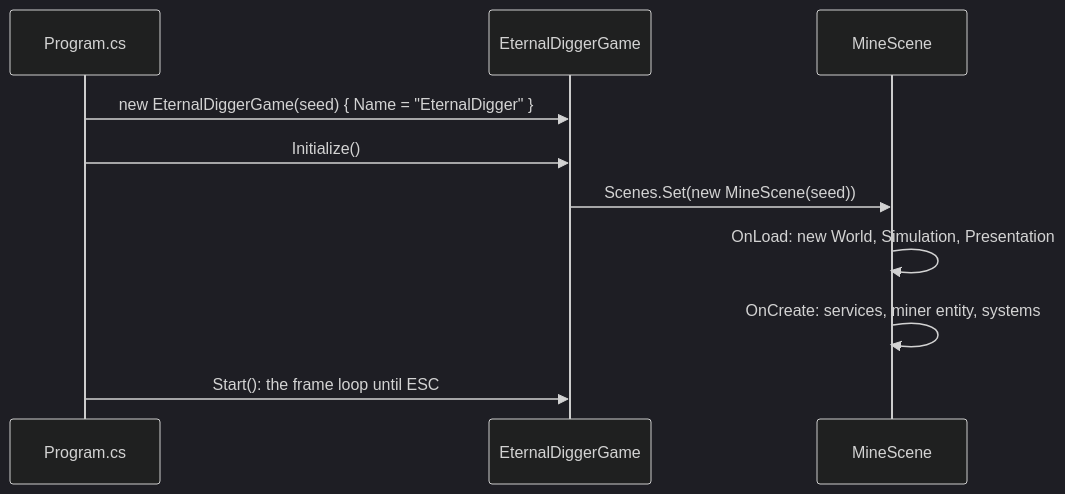
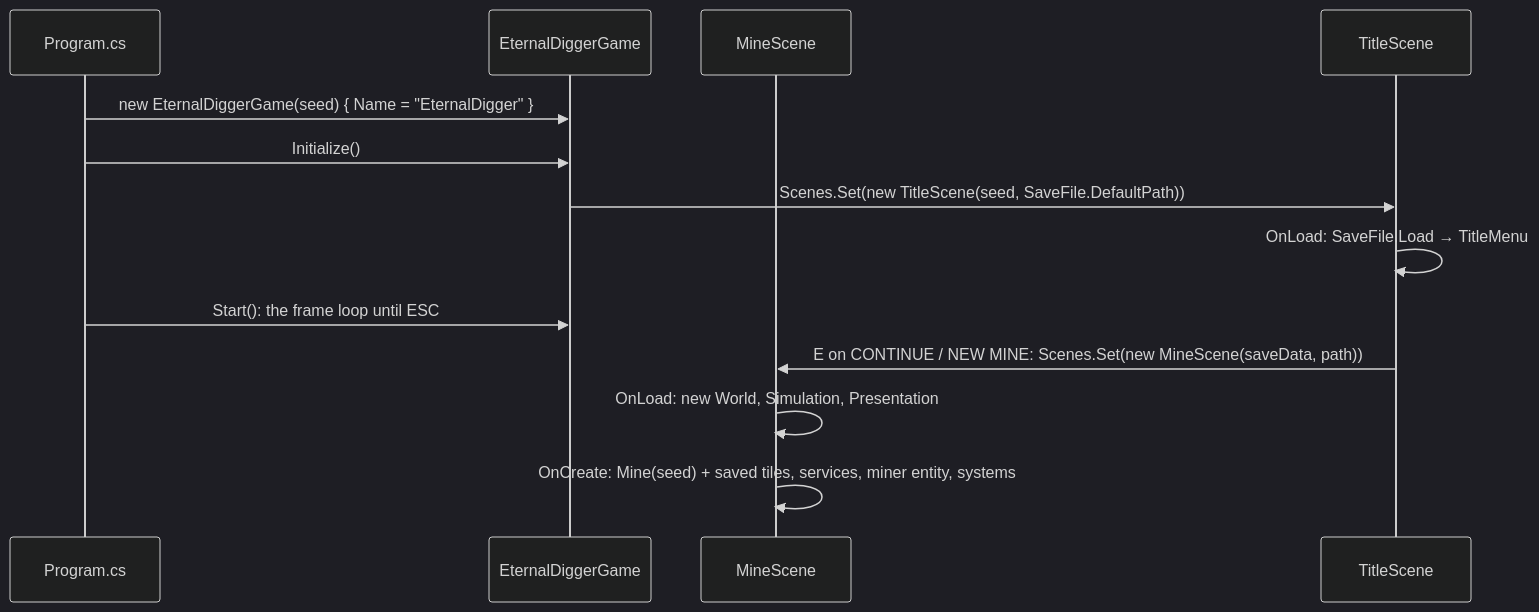
Before and after one commit to stho01/console-engine: the diagram in Examples/EternalDigger/docs/architecture.md, drawn with Mermaid (dark theme). The commit also changed other lines of this file and 33 other files, not shown here.

First line of the commit message:
feat: save the mine and continue from a title menu

````diff
--- a/Examples/EternalDigger/docs/architecture.md
+++ b/Examples/EternalDigger/docs/architecture.md
@@ -38,12 +39,15 @@
 ```mermaid
 sequenceDiagram
     participant P as Program.cs
     participant G as EternalDiggerGame
     participant S as MineScene
     P->>G: new EternalDiggerGame(seed) { Name = "EternalDigger" }
     P->>G: Initialize()
-    G->>S: Scenes.Set(new MineScene(seed))
+    participant T as TitleScene
+    G->>T: Scenes.Set(new TitleScene(seed, SaveFile.DefaultPath))
+    T->>T: OnLoad: SaveFile.Load → TitleMenu
+    P->>G: Start(): the frame loop until ESC
+    T->>S: E on CONTINUE / NEW MINE: Scenes.Set(new MineScene(saveData, path))
     S->>S: OnLoad: new World, Simulation, Presentation
-    S->>S: OnCreate: services, miner entity, systems
-    P->>G: Start(): the frame loop until ESC
+    S->>S: OnCreate: Mine(seed) + saved tiles, services, miner entity, systems
 ```
````
